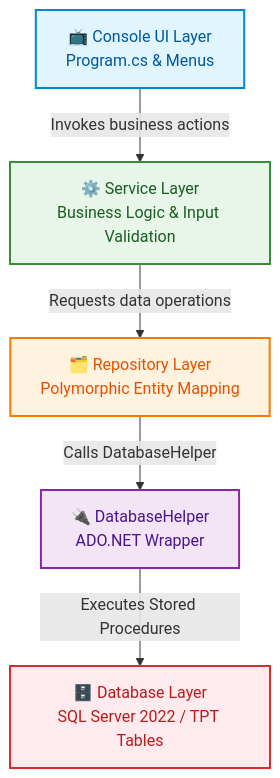
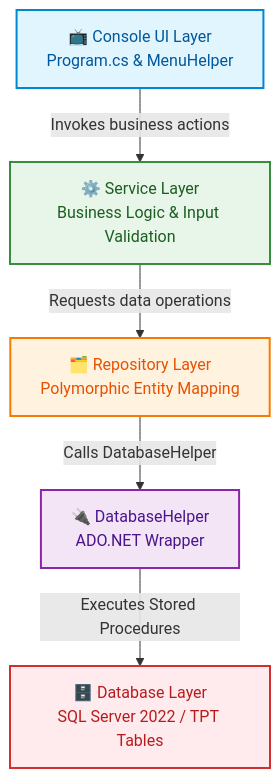
One commit to ritesh8308/EnterprisePayrollSystem changed the first of 2 diagrams in README.md. Above: the diagram before and after it, drawn with Mermaid. The commit also changed other lines of this file, not shown here.

````diff
--- a/README.md
+++ b/README.md
@@ -67,13 +69,13 @@
 ```mermaid
 graph TD
-    UI[📺 Console UI Layer<br/>Program.cs & Menus] -->|Invokes business actions| Service[⚙️ Service Layer<br/>Business Logic & Input Validation]
+    UI[📺 Console UI Layer<br/>Program.cs & MenuHelper] -->|Invokes business actions| Service[⚙️ Service Layer<br/>Business Logic & Input Validation]
     Service -->|Requests data operations| Repo[🗂️ Repository Layer<br/>Polymorphic Entity Mapping]
     Repo -->|Calls DatabaseHelper| Helper[🔌 DatabaseHelper<br/>ADO.NET Wrapper]
     Helper -->|Executes Stored Procedures| DB[🗄️ Database Layer<br/>SQL Server 2022 / TPT Tables]
 
     style UI fill:#e1f5fe,stroke:#0288d1,stroke-width:2px,color:#01579b
     style Service fill:#e8f5e9,stroke:#388e3c,stroke-width:2px,color:#1b5e20
     style Repo fill:#fff3e0,stroke:#f57c00,stroke-width:2px,color:#e65100
     style Helper fill:#f3e5f5,stroke:#8e24aa,stroke-width:2px,color:#4a148c
     style DB fill:#ffebee,stroke:#d32f2f,stroke-width:2px,color:#b71c1c
 ```
````
